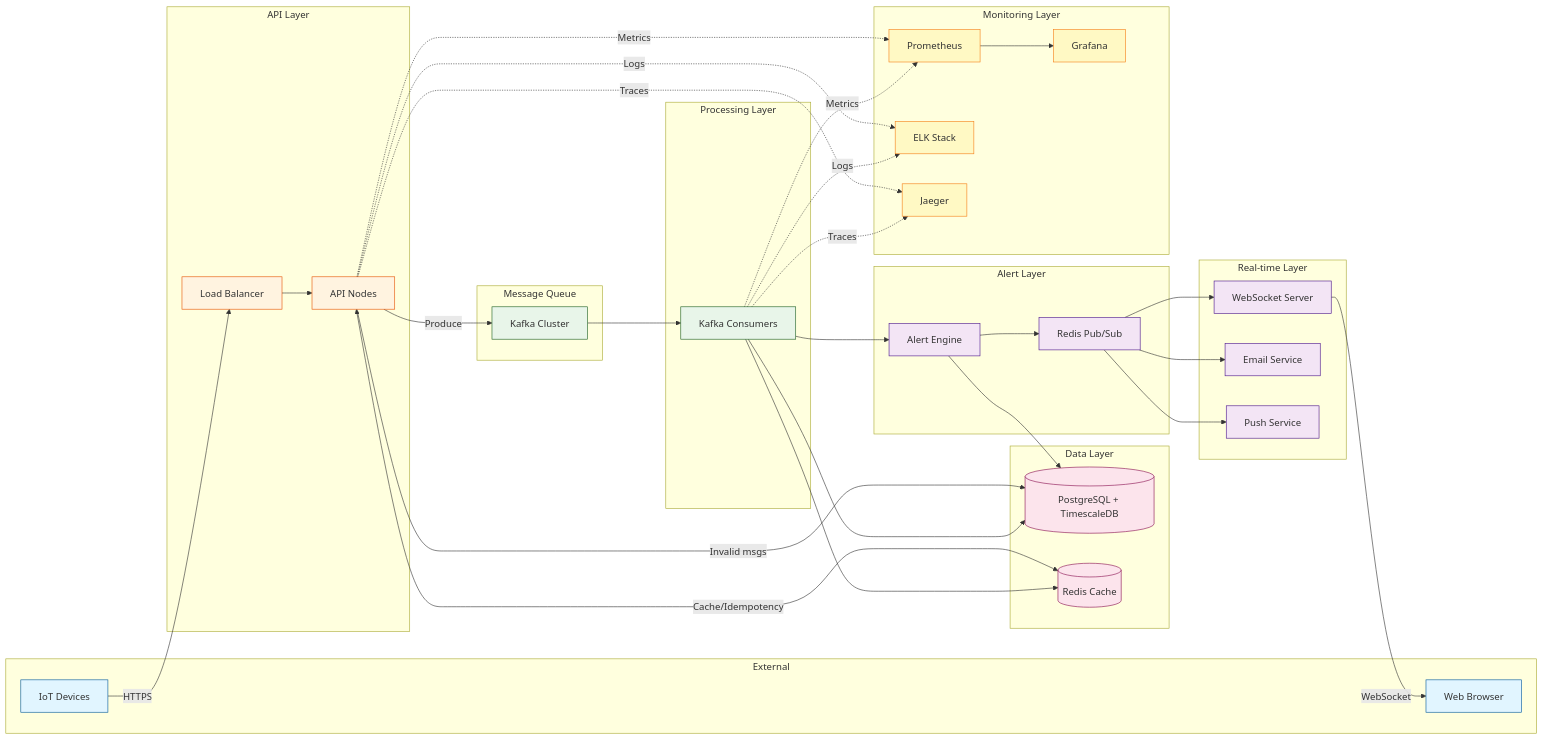
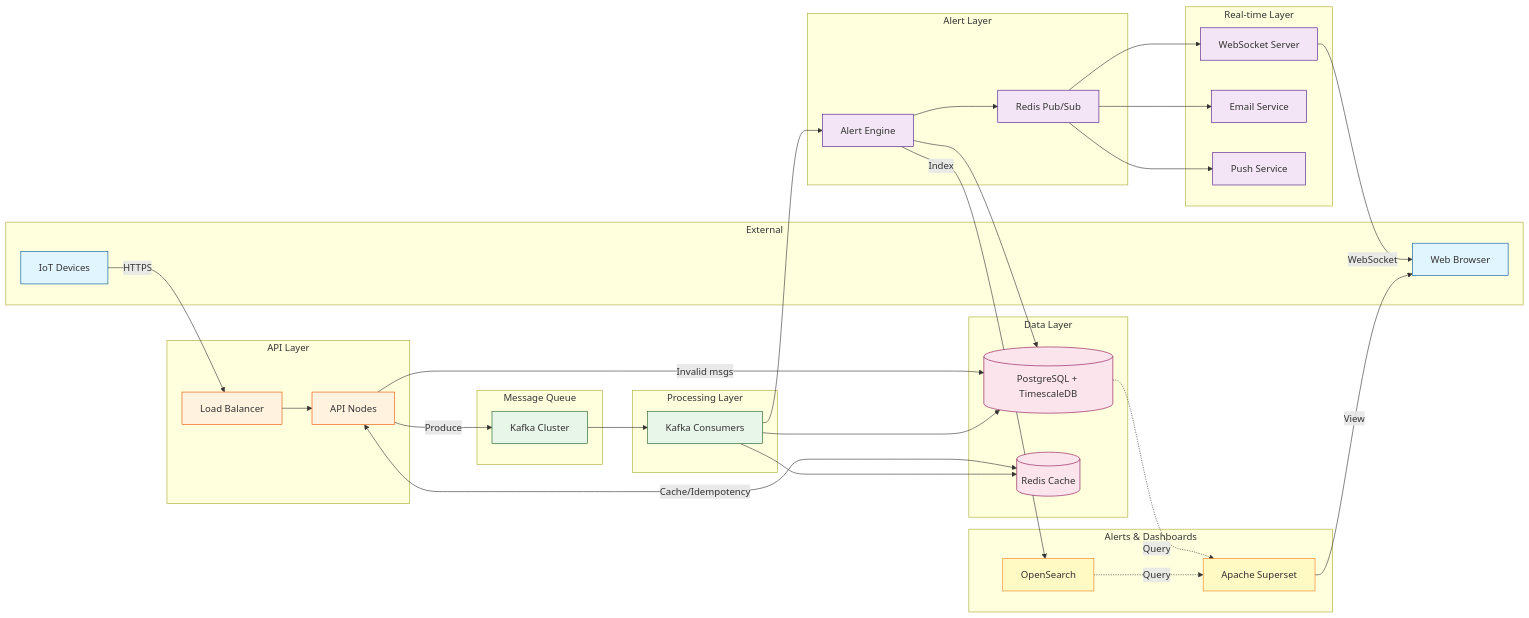
One commit to quirkyraven414/assessment changed the third of 7 diagrams in README.md. Above: the diagram before and after it, drawn with Mermaid. The commit also changed other lines of this file, not shown here.

````diff
--- a/README.md
+++ b/README.md
@@ -257,11 +251,9 @@
         PUSH[Push Service]
     end
 
-    subgraph Monitoring_Layer["Monitoring Layer"]
-        PROM[Prometheus]
-        GRAFANA[Grafana]
-        ELK[ELK Stack]
-        JAEGER[Jaeger]
+    subgraph Dashboard_Layer["Alerts & Dashboards"]
+        OPENSEARCH[OpenSearch]
+        SUPERSET[Apache Superset]
     end
 
     IOT -->|HTTPS| LB
@@ -277,6 +269,7 @@
     
     ALERT --> POSTGRES
     ALERT --> PUBSUB
+    ALERT -->|Index| OPENSEARCH
     
     PUBSUB --> WS
     PUBSUB --> EMAIL
@@ -284,15 +277,9 @@
     
     WS -->|WebSocket| BROWSER
     
-    API -.->|Metrics| PROM
-    CONSUMER -.->|Metrics| PROM
-    PROM --> GRAFANA
-    
-    API -.->|Logs| ELK
-    CONSUMER -.->|Logs| ELK
-    
-    API -.->|Traces| JAEGER
-    CONSUMER -.->|Traces| JAEGER
+    POSTGRES -.->|Query| SUPERSET
+    OPENSEARCH -.->|Query| SUPERSET
+    SUPERSET -->|View| BROWSER
 
     classDef external fill:#e1f5ff,stroke:#01579b
     classDef api fill:#fff3e0,stroke:#e65100
@@ -306,5 +293,5 @@
     class KAFKA,CONSUMER queue
     class POSTGRES,REDIS storage
     class ALERT,PUBSUB,WS,EMAIL,PUSH realtime
-    class PROM,GRAFANA,ELK,JAEGER monitor
+    class OPENSEARCH,SUPERSET monitor
 ```
````
